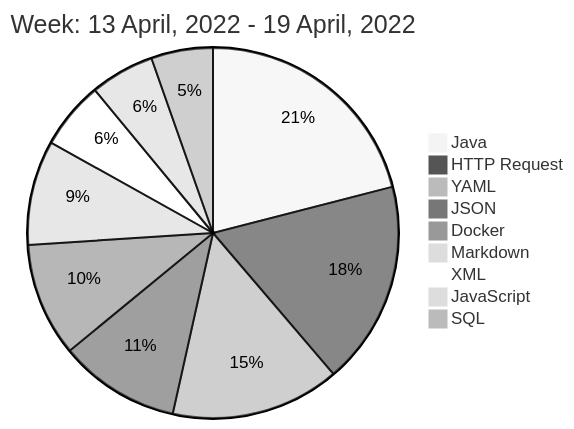
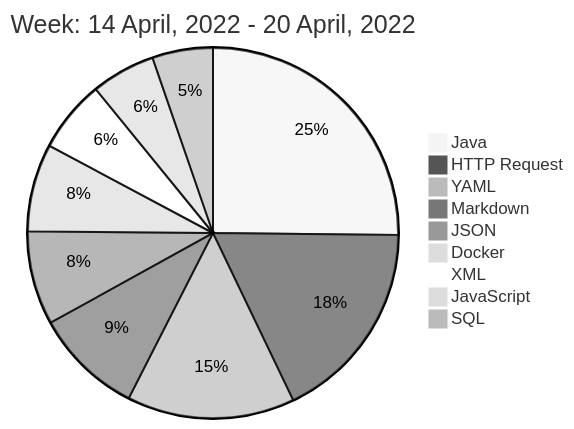
Before and after one commit to liubin95/liubin95: the diagram in README.md, drawn with Mermaid (neutral theme).

Commit message:
Updated the Graph with new Metrics

````diff
--- a/README.md
+++ b/README.md
@@ -40,13 +40,13 @@
 ```mermaid
  pie
-title Week: 13 April, 2022 - 19 April, 2022
- "Java" : 4.87
+title Week: 14 April, 2022 - 20 April, 2022
+ "Java" : 5.85
  "HTTP Request" : 4.12
- "YAML" : 3.42
- "JSON" : 2.45
- "Docker" : 2.3
- "Markdown" : 2.12
- "XML" : 1.37
+ "YAML" : 3.4
+ "Markdown" : 2.2
+ "JSON" : 1.9
+ "Docker" : 1.78
+ "XML" : 1.47
  "JavaScript" : 1.3
- "SQL" : 1.25
+ "SQL" : 1.23
 ```
````
